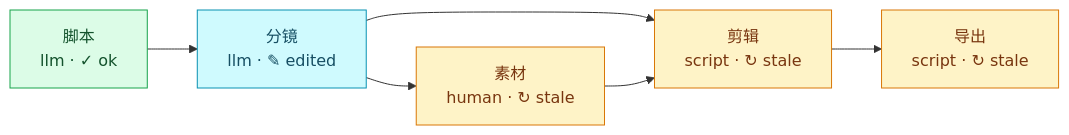
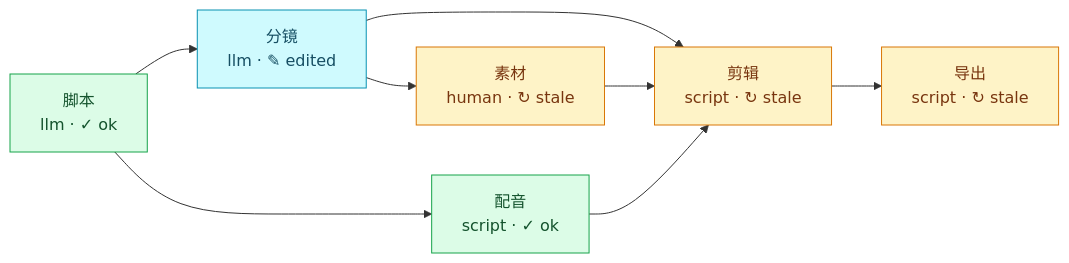
The diagram in README.md (ybk-1/Flowgit), drawn with Mermaid before and after one commit. The commit also changed other lines of this file and 12 other files, not shown here.

````diff
--- a/README.md
+++ b/README.md
@@ -37,19 +37,22 @@
 ```mermaid
 flowchart LR
   s1["脚本<br/>llm · ✓ ok"]
-  s2["分镜<br/>llm · ✎ edited"]
-  s3["素材<br/>human · ↻ stale"]
-  s4["剪辑<br/>script · ↻ stale"]
-  s5["导出<br/>script · ↻ stale"]
+  s2["配音<br/>script · ✓ ok"]
+  s3["分镜<br/>llm · ✎ edited"]
+  s4["素材<br/>human · ↻ stale"]
+  s5["剪辑<br/>script · ↻ stale"]
+  s6["导出<br/>script · ↻ stale"]
   s1 --> s2
-  s2 --> s3
-  s2 --> s4
+  s1 --> s3
   s3 --> s4
+  s3 --> s5
   s4 --> s5
+  s2 --> s5
+  s5 --> s6
   classDef ok fill:#dcfce7,stroke:#16a34a,color:#14532d
-  class s1 ok
+  class s1,s2 ok
   classDef stale fill:#fef3c7,stroke:#d97706,color:#78350f
-  class s3,s4,s5 stale
+  class s4,s5,s6 stale
   classDef edited fill:#cffafe,stroke:#0891b2,color:#164e63
-  class s2 edited
+  class s3 edited
 ```
````
